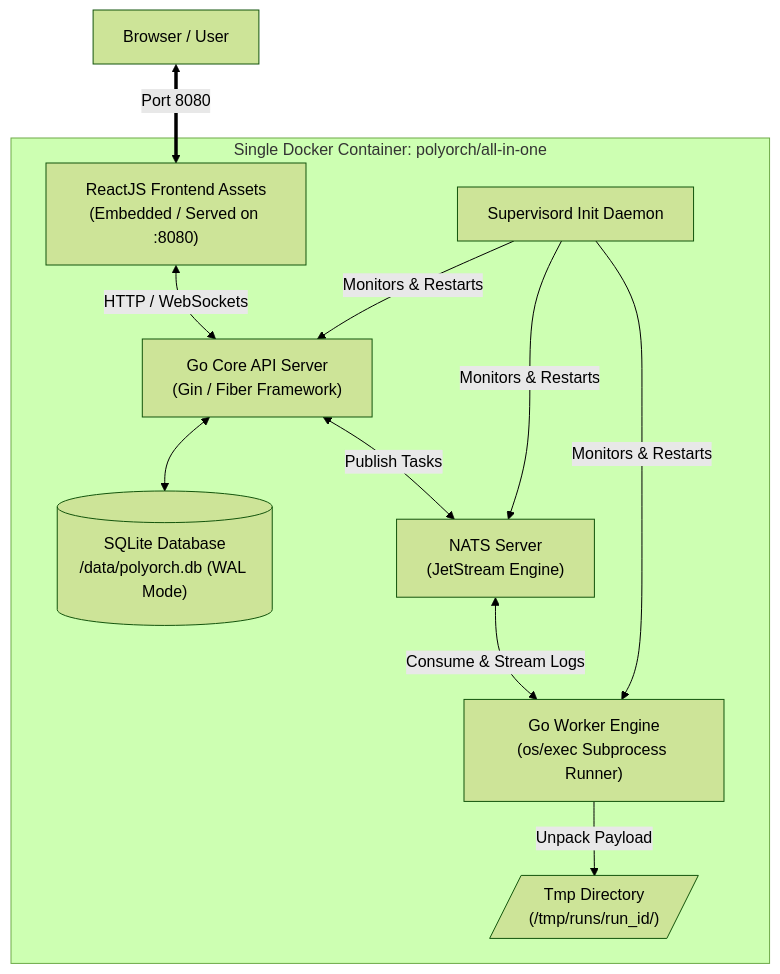
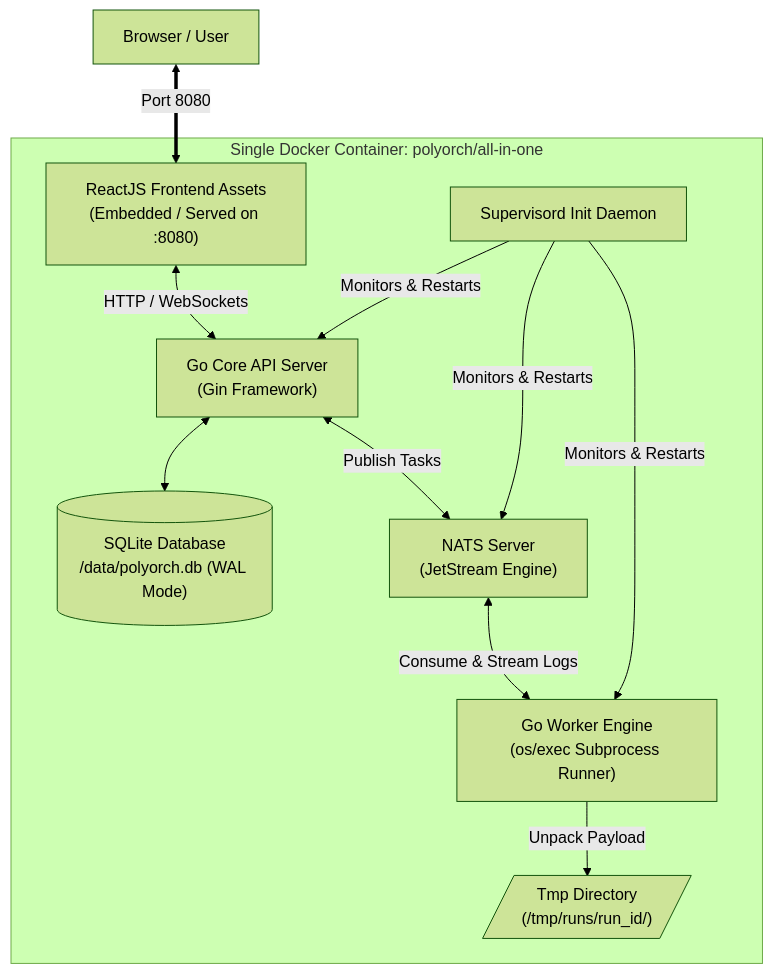
Before and after one commit to nimish-nirmal/polyorch: the diagram in README.md, drawn with Mermaid (forest theme). The commit also changed other lines of this file and 77 other files, not shown here.

````diff
--- a/README.md
+++ b/README.md
@@ -25,19 +94,19 @@
 ```mermaid
 flowchart TD
     subgraph Container ["Single Docker Container: polyorch/all-in-one"]
-        UI["ReactJS Frontend Assets<br/>(Embedded / Served on :8080)"] <-->|HTTP / WebSockets| API["Go Core API Server<br/>(Gin / Fiber Framework)"]
+        UI["ReactJS Frontend Assets<br/>(Embedded / Served on :8080)"] <-->|HTTP / WebSockets| API["Go Core API Server<br/>(Gin Framework)"]
         
         API <--> DB[("SQLite Database<br/>/data/polyorch.db (WAL Mode)")]
         API <-->|Publish Tasks| NATS["NATS Server<br/>(JetStream Engine)"]
         
         NATS <-->|Consume & Stream Logs| Worker["Go Worker Engine<br/>(os/exec Subprocess Runner)"]
         
         Worker -->|Unpack Payload| Temp[/"Tmp Directory<br/>(/tmp/runs/run_id/)"/]
         
         ProcessManager["Supervisord Init Daemon"] -->|Monitors & Restarts| NATS
         ProcessManager -->|Monitors & Restarts| API
         ProcessManager -->|Monitors & Restarts| Worker
     end
 
     Client["Browser / User"] <==>|Port 8080| UI
 ```
````
